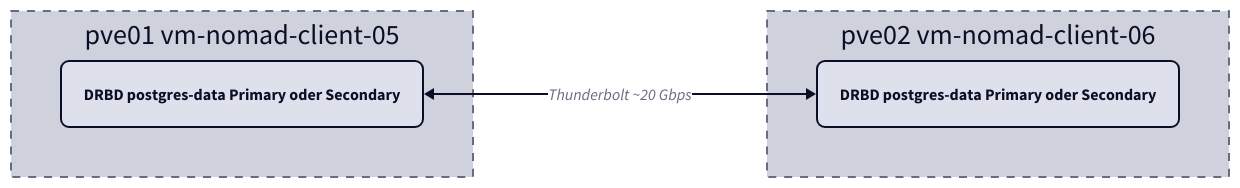
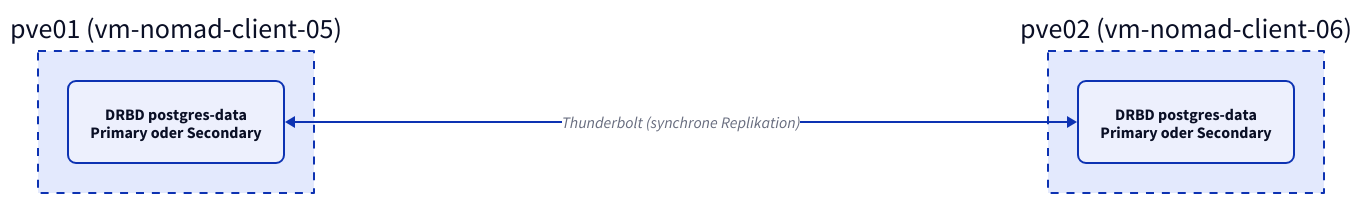
One commit to derever-labs/homelab-wiki changed the second of 2 diagrams in docs/_querschnitt/datenbank-architektur.md. Above: the diagram before and after it, drawn with D2. The commit also changed other lines of this file and 4 other files, not shown here.

First line of the commit message:
docs(querschnitt): Diagramme fuer TALA ueberarbeiten (Batch B1) (#102)

````diff
--- a/docs/_querschnitt/datenbank-architektur.md
+++ b/docs/_querschnitt/datenbank-architektur.md
@@ -98,21 +67,15 @@
 ```d2
 direction: right
-vars: {
-  d2-config: {
-    theme-id: 1
-    layout-engine: elk
-  }
+
+pve01: "pve01 (vm-nomad-client-05)" {
+  style.stroke-dash: 4
+  D1: "DRBD postgres-data\nPrimary oder Secondary" { style.border-radius: 8 }
 }
 
-pve01: pve01 vm-nomad-client-05 {
+pve02: "pve02 (vm-nomad-client-06)" {
   style.stroke-dash: 4
-  D1: DRBD postgres-data Primary oder Secondary { style.border-radius: 8 }
+  D2: "DRBD postgres-data\nPrimary oder Secondary" { style.border-radius: 8 }
 }
 
-pve02: pve02 vm-nomad-client-06 {
-  style.stroke-dash: 4
-  D2: DRBD postgres-data Primary oder Secondary { style.border-radius: 8 }
-}
-
-pve01.D1 <-> pve02.D2: Thunderbolt ~20 Gbps { tooltip: 10.99.1.0/24 }
+pve01.D1 <-> pve02.D2: "Thunderbolt (synchrone Replikation)"
 ```
````
